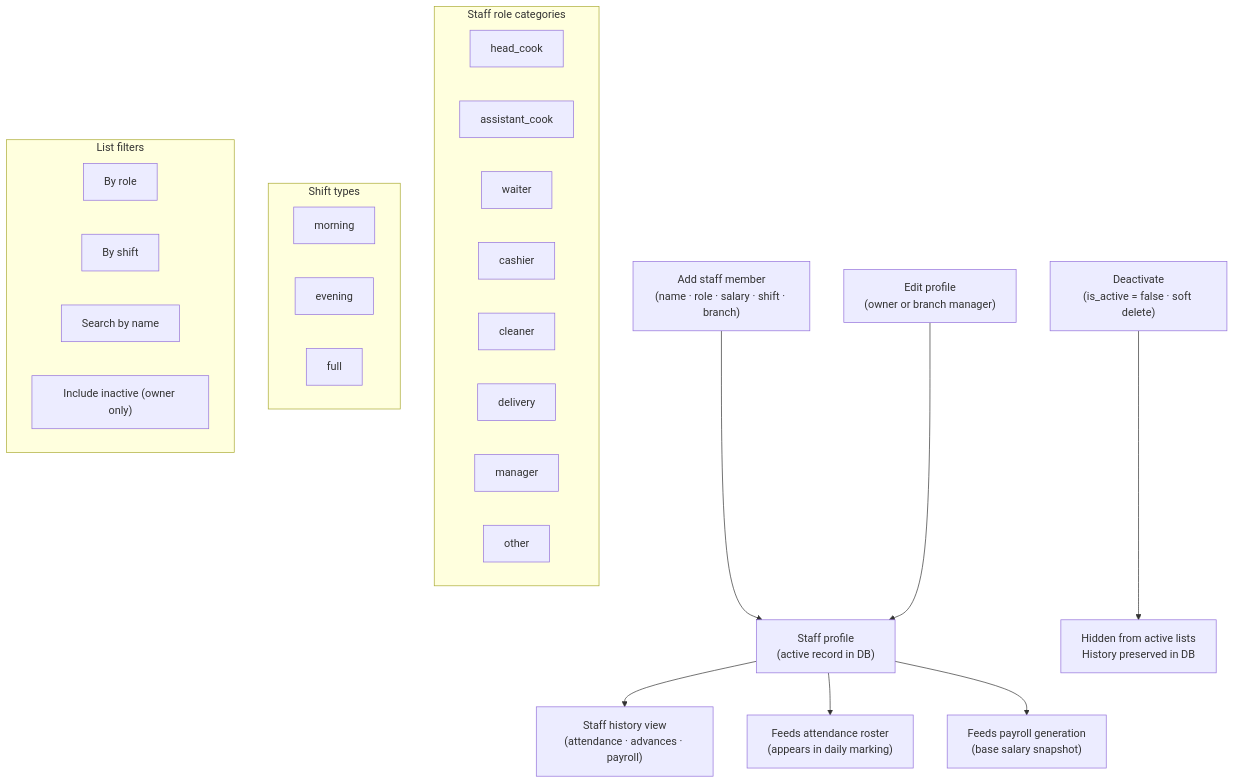
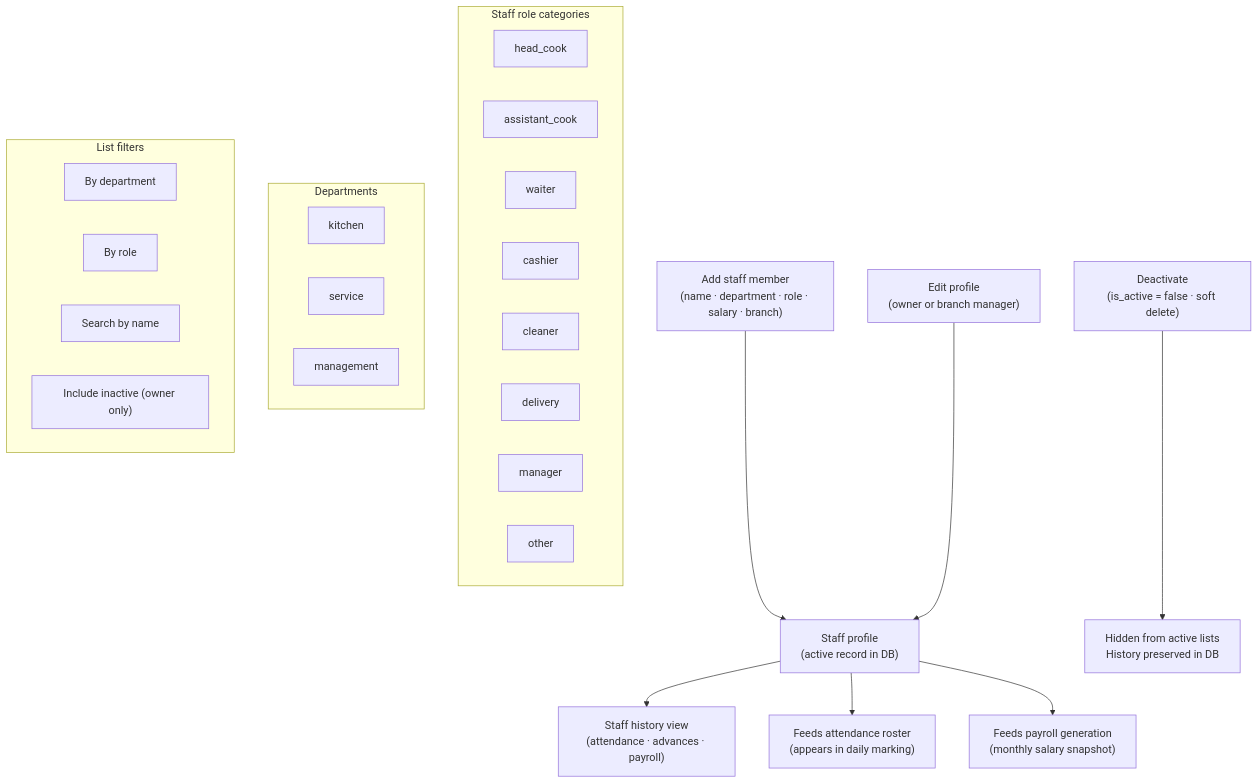
One commit to AbhishekS-381/Sree-Vaishnaves-Management changed the fourth of 14 diagrams in Documentations/MODULE-MAPS.md. Above: the diagram before and after it, drawn with Mermaid. The commit also changed other lines of this file and 16 other files, not shown here.

Commit message:
docs: Update documentation terminology and architecture stack to Next.js App Router

````diff
--- a/Documentations/MODULE-MAPS.md
+++ b/Documentations/MODULE-MAPS.md
@@ -188,40 +188,40 @@
 ```mermaid
 flowchart TD
-  ADD["Add staff member\n(name · role · salary · shift · branch)"]
+  ADD["Add staff member\n(name · department · role · salary · branch)"]
   PROFILE["Staff profile\n(active record in DB)"]
   EDIT["Edit profile\n(owner or branch manager)"]
   DEACTIVATE["Deactivate\n(is_active = false · soft delete)"]
   HISTORY["Staff history view\n(attendance · advances · payroll)"]
 
   ADD --> PROFILE
   EDIT --> PROFILE
   PROFILE --> HISTORY
 
   PROFILE --> ATT_FEED["Feeds attendance roster\n(appears in daily marking)"]
-  PROFILE --> PAY_FEED["Feeds payroll generation\n(base salary snapshot)"]
+  PROFILE --> PAY_FEED["Feeds payroll generation\n(monthly salary snapshot)"]
   DEACTIVATE --> HIDDEN["Hidden from active lists\nHistory preserved in DB"]
 
   subgraph ROLES["Staff role categories"]
     R1["head_cook"]
     R2["assistant_cook"]
     R3["waiter"]
     R4["cashier"]
     R5["cleaner"]
     R6["delivery"]
     R7["manager"]
     R8["other"]
   end
 
-  subgraph SHIFTS["Shift types"]
-    SH1["morning"]
-    SH2["evening"]
-    SH3["full"]
+  subgraph DEPARTMENTS["Departments"]
+    SH1["kitchen"]
+    SH2["service"]
+    SH3["management"]
   end
 
   subgraph FILTERS["List filters"]
-    F1["By role"]
-    F2["By shift"]
+    F1["By department"]
+    F2["By role"]
     F3["Search by name"]
     F4["Include inactive (owner only)"]
   end
 ```
````
